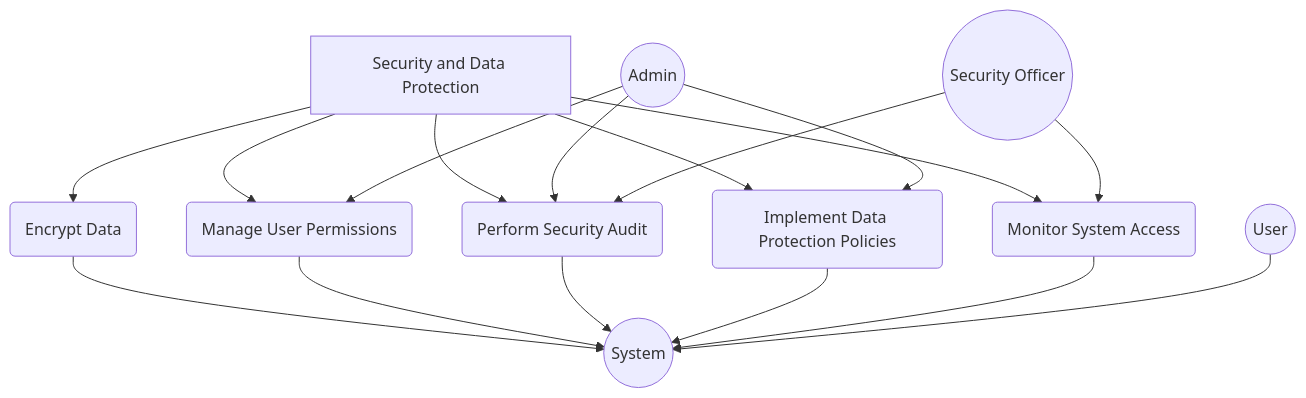
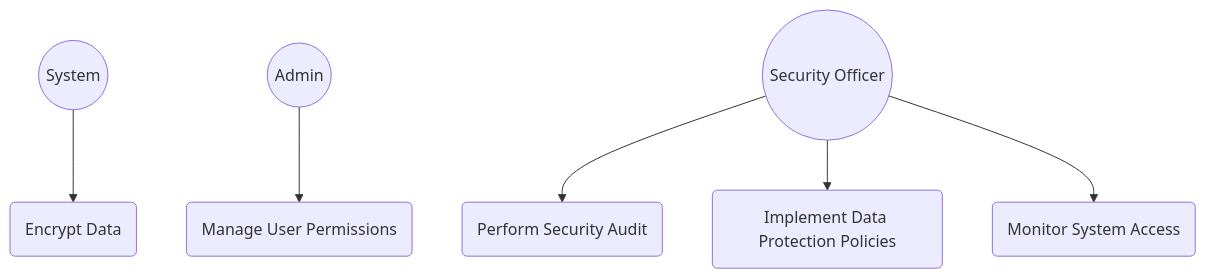
Before and after one commit to rgarciademarina/AI4Devs-design-rgm: diagram 11 of 26 in LTI-JACA/LTI-JACA.md, drawn with Mermaid. The commit also changed other lines of this file and 1 other file, not shown here.

Commit message:
Improve diagrams after feedback provided in class to make them more consistent

````diff
--- a/LTI-JACA/LTI-JACA.md
+++ b/LTI-JACA/LTI-JACA.md
@@ -711,22 +626,8 @@
 ```mermaid
 graph TD
-    A[Security and Data Protection]
-    A --> B(Encrypt Data)
-    A --> C(Manage User Permissions)
-    A --> D(Perform Security Audit)
-    A --> E(Implement Data Protection Policies)
-    A --> F(Monitor System Access)
-    
-    B --> G((System))
-    C --> G
-    D --> G
-    E --> G
-    F --> G
-    
-    H((Admin)) --> C
-    H --> D
-    H --> E
-    I((User)) --> G
-    J((Security Officer)) --> D
-    J --> F
+    G((System)) --> B(Encrypt Data)
+    H((Admin)) --> C(Manage User Permissions)
+    J((Security Officer)) --> D(Perform Security Audit)
+    J --> E(Implement Data Protection Policies)
+    J --> F(Monitor System Access)
 ```
````
